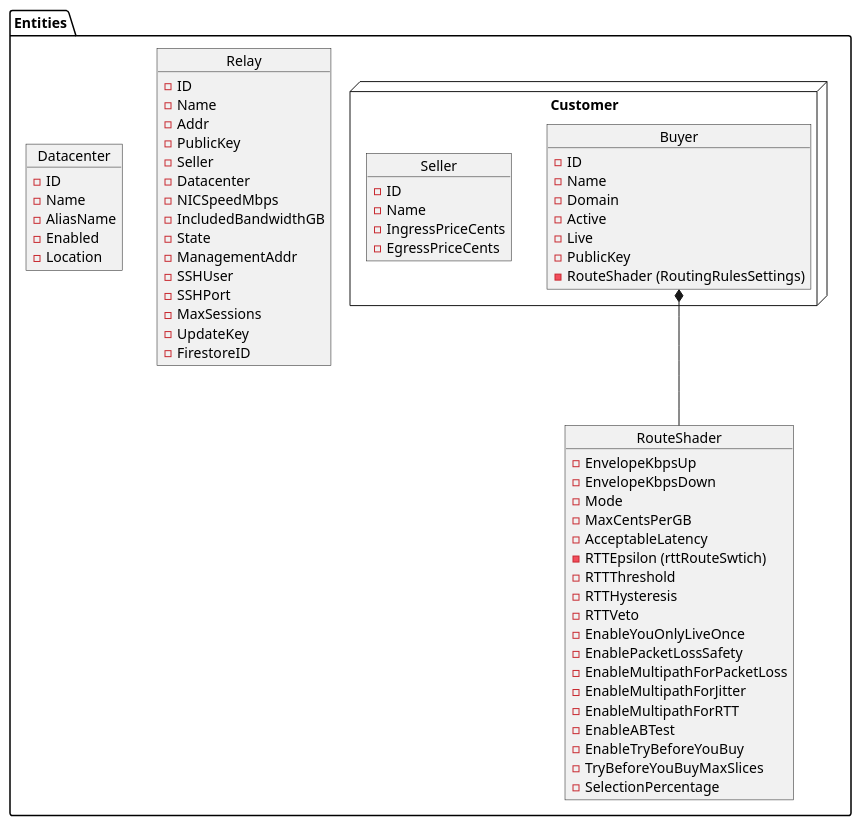
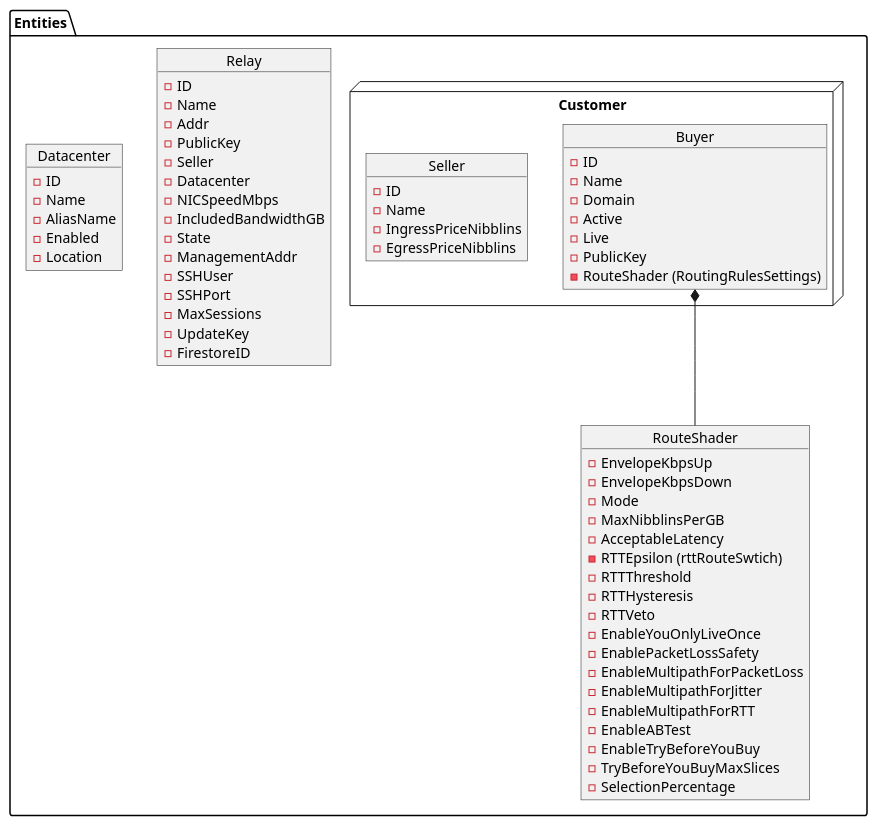
The diagram in .diagrams/storage_entities.plantuml (networknext/next), drawn with PlantUML before and after one commit. The commit also changed 19 other files, not shown here.

Commit message:
removed all instances of cents in favor of nibblins

```diff
--- a/.diagrams/storage_entities.plantuml
+++ b/.diagrams/storage_entities.plantuml
@@ -1,69 +1,69 @@
 @startuml Entities
 package Entities {
     node Customer {
         object Buyer
         object Seller
     }
 
     object Relay
     object Datacenter
     object RouteShader
 }
 
 
 Buyer *-- RouteShader
 
 Buyer : - ID
 Buyer : - Name
 Buyer : - Domain
 Buyer : - Active
 Buyer : - Live
 Buyer : - PublicKey
 Buyer : - RouteShader (RoutingRulesSettings)
 
 Seller : - ID
 Seller : - Name
-Seller : - IngressPriceCents
-Seller : - EgressPriceCents
+Seller : - IngressPriceNibblins
+Seller : - EgressPriceNibblins
 
 Relay : - ID
 Relay : - Name
 Relay : - Addr
 Relay : - PublicKey
 Relay : - Seller
 Relay : - Datacenter
 Relay : - NICSpeedMbps
 Relay : - IncludedBandwidthGB
 Relay : - State
 Relay : - ManagementAddr
 Relay : - SSHUser
 Relay : - SSHPort
 Relay : - MaxSessions
 Relay : - UpdateKey
 Relay : - FirestoreID
 
 Datacenter : - ID
 Datacenter : - Name
 Datacenter : - AliasName
 Datacenter : - Enabled
 Datacenter : - Location
 
 RouteShader : - EnvelopeKbpsUp
 RouteShader : - EnvelopeKbpsDown
 RouteShader : - Mode
-RouteShader : - MaxCentsPerGB
+RouteShader : - MaxNibblinsPerGB
 RouteShader : - AcceptableLatency
 RouteShader : - RTTEpsilon (rttRouteSwtich)
 RouteShader : - RTTThreshold
 RouteShader : - RTTHysteresis
 RouteShader : - RTTVeto
 RouteShader : - EnableYouOnlyLiveOnce
 RouteShader : - EnablePacketLossSafety
 RouteShader : - EnableMultipathForPacketLoss
 RouteShader : - EnableMultipathForJitter
 RouteShader : - EnableMultipathForRTT
 RouteShader : - EnableABTest
 RouteShader : - EnableTryBeforeYouBuy
 RouteShader : - TryBeforeYouBuyMaxSlices
 RouteShader : - SelectionPercentage
 @enduml
```
